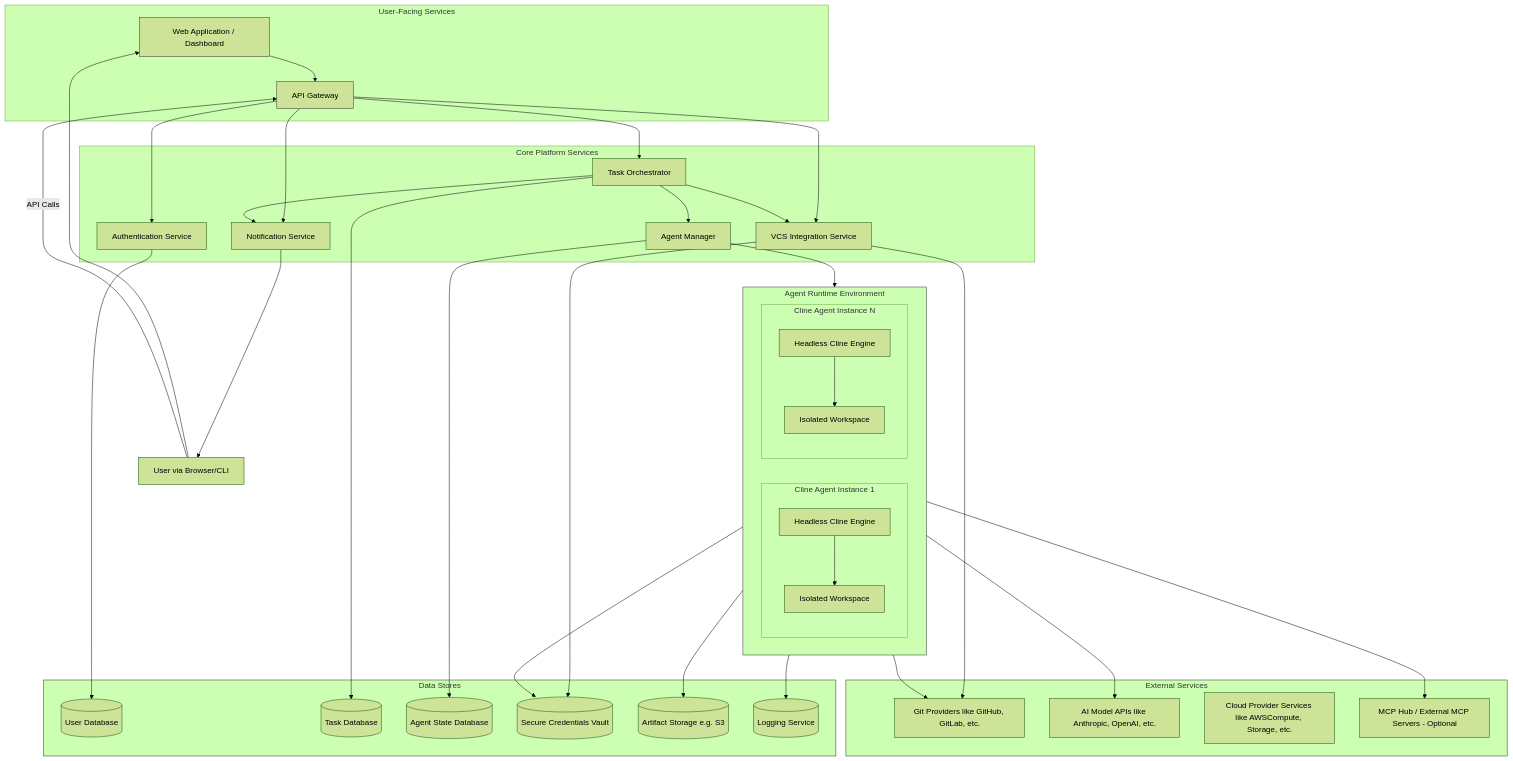
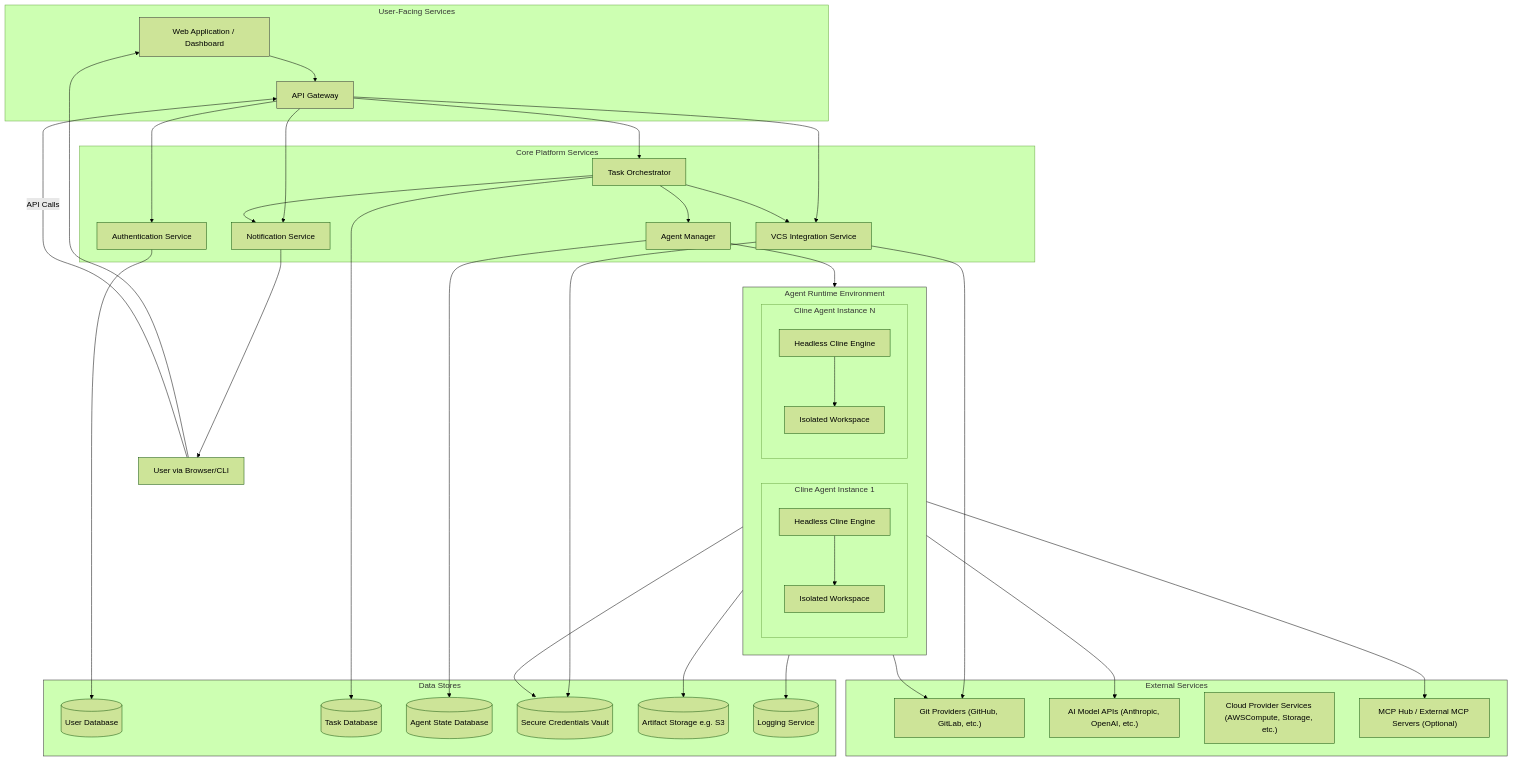
One commit to rakeshgangwar/cline changed the diagram in new_docs/P1_System_Architecture.md. Above: the diagram before and after it, drawn with Mermaid (forest theme). The commit also changed 1 other file, not shown here.

Commit message:
Refactor diagram labels for clarity in system architecture documentation

```diff
--- a/new_docs/P1_System_Architecture.md
+++ b/new_docs/P1_System_Architecture.md
@@ -52,10 +52,10 @@
     end
 
     subgraph ExternalServices[External Services]
-        GitProviders[Git Providers like GitHub, GitLab, etc.]
-        AIModels[AI Model APIs like Anthropic, OpenAI, etc.]
-        CloudProvider[Cloud Provider Services like AWSCompute, Storage, etc.]
-        MCPHub[MCP Hub / External MCP Servers - Optional]
+        GitProviders["Git Providers (GitHub, GitLab, etc.)"]
+        AIModels["AI Model APIs (Anthropic, OpenAI, etc.)"]
+        CloudProvider["Cloud Provider Services (AWSCompute, Storage, etc.)"]
+        MCPHub["MCP Hub / External MCP Servers (Optional)"]
     end
 
     %% User Interactions
```
